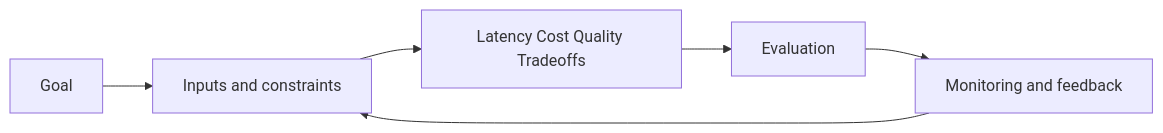
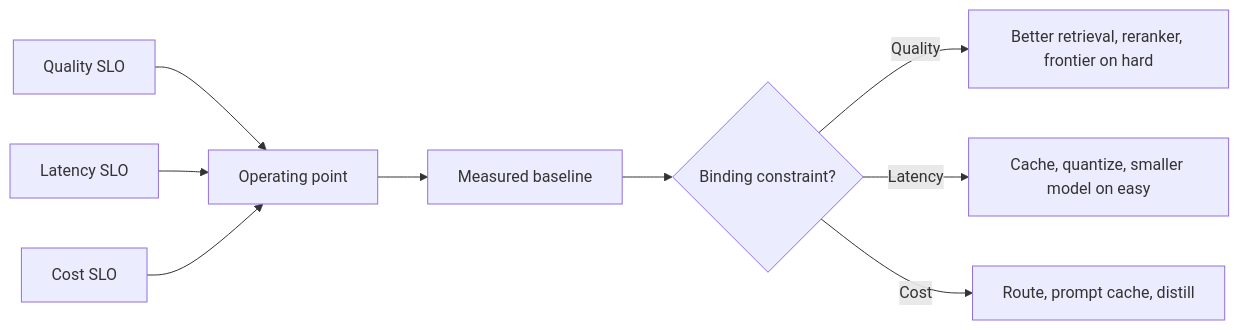
Before and after one commit to Icon1cc/Machine-Learning: the diagram in production-ai/03-latency-cost-quality-tradeoffs.md, drawn with Mermaid. The commit also changed other lines of this file and 264 other files, not shown here.

````diff
--- a/production-ai/03-latency-cost-quality-tradeoffs.md
+++ b/production-ai/03-latency-cost-quality-tradeoffs.md
@@ -92,8 +258,11 @@
 ```mermaid
 flowchart LR
-    A[Goal] --> B[Inputs and constraints]
-    B --> C[Latency Cost Quality Tradeoffs]
-    C --> D[Evaluation]
-    D --> E[Monitoring and feedback]
-    E --> B
+    Q[Quality SLO] --> P[Operating point]
+    L[Latency SLO] --> P
+    C[Cost SLO] --> P
+    P --> M[Measured baseline]
+    M --> B{Binding constraint?}
+    B -- Quality --> Im[Better retrieval, reranker, frontier on hard]
+    B -- Latency --> La[Cache, quantize, smaller model on easy]
+    B -- Cost --> Co[Route, prompt cache, distill]
 ```
````
